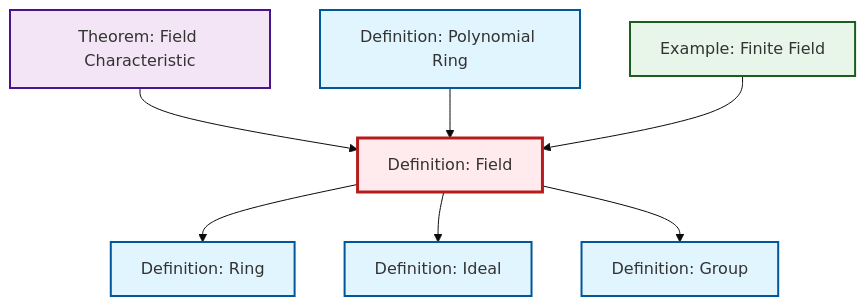
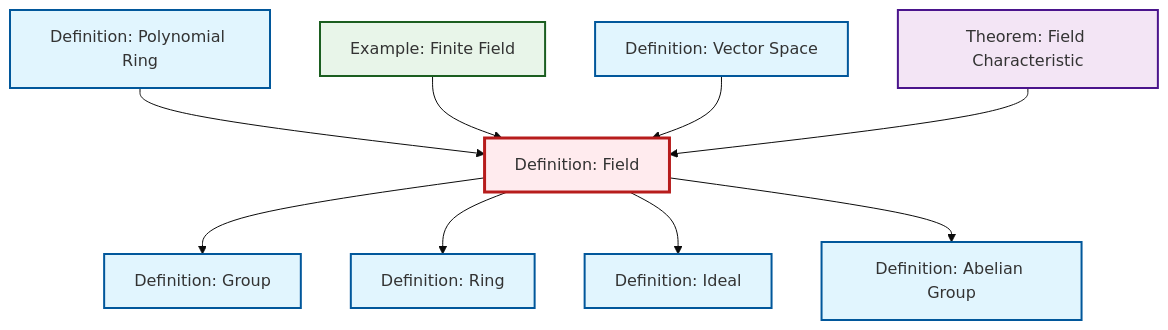
Before and after one commit to RK0429/ModernMath: the diagram in content/ja/algebra/def-field.qmd, drawn with Mermaid (base theme). The commit also changed 474 other files, not shown here.

````diff
--- a/content/ja/algebra/def-field.qmd
+++ b/content/ja/algebra/def-field.qmd
@@ -58,29 +58,35 @@
 ```{mermaid}
 %%| fig-cap: "Local dependency graph"
 graph TD
     classDef definition fill:#e1f5fe,stroke:#01579b,stroke-width:2px
     classDef theorem fill:#f3e5f5,stroke:#4a148c,stroke-width:2px
     classDef axiom fill:#fff3e0,stroke:#e65100,stroke-width:2px
     classDef example fill:#e8f5e9,stroke:#1b5e20,stroke-width:2px
     classDef current fill:#ffebee,stroke:#b71c1c,stroke-width:3px
+    def-ideal["Definition: Ideal"]:::definition
+    def-field["Definition: Field"]:::definition
+    def-abelian-group["Definition: Abelian Group"]:::definition
+    def-polynomial-ring["Definition: Polynomial Ring"]:::definition
+    def-ring["Definition: Ring"]:::definition
+    def-vector-space["Definition: Vector Space"]:::definition
     ex-finite-field["Example: Finite Field"]:::example
-    def-ring["Definition: Ring"]:::definition
     def-group["Definition: Group"]:::definition
-    def-field["Definition: Field"]:::definition
     thm-field-characteristic["Theorem: Field Characteristic"]:::theorem
-    def-polynomial-ring["Definition: Polynomial Ring"]:::definition
-    def-ideal["Definition: Ideal"]:::definition
+    def-field --> def-group
     def-field --> def-ring
+    def-field --> def-ideal
+    def-field --> def-abelian-group
+    def-polynomial-ring --> def-field
+    ex-finite-field --> def-field
+    def-vector-space --> def-field
     thm-field-characteristic --> def-field
-    def-polynomial-ring --> def-field
-    def-field --> def-ideal
-    ex-finite-field --> def-field
-    def-field --> def-group
     class def-field current
+    click def-ideal "def-ideal.html" "Definition: Idealへ"
+    click def-abelian-group "def-abelian-group.html" "Definition: Abelian Groupへ"
+    click def-polynomial-ring "def-polynomial-ring.html" "Definition: Polynomial Ringへ"
+    click def-ring "def-ring.html" "Definition: Ringへ"
+    click def-vector-space "def-vector-space.html" "Definition: Vector Spaceへ"
     click ex-finite-field "ex-finite-field.html" "Example: Finite Fieldへ"
-    click def-ring "def-ring.html" "Definition: Ringへ"
     click def-group "def-group.html" "Definition: Groupへ"
     click thm-field-characteristic "thm-field-characteristic.html" "Theorem: Field Characteristicへ"
-    click def-polynomial-ring "def-polynomial-ring.html" "Definition: Polynomial Ringへ"
-    click def-ideal "def-ideal.html" "Definition: Idealへ"
 ```
````
